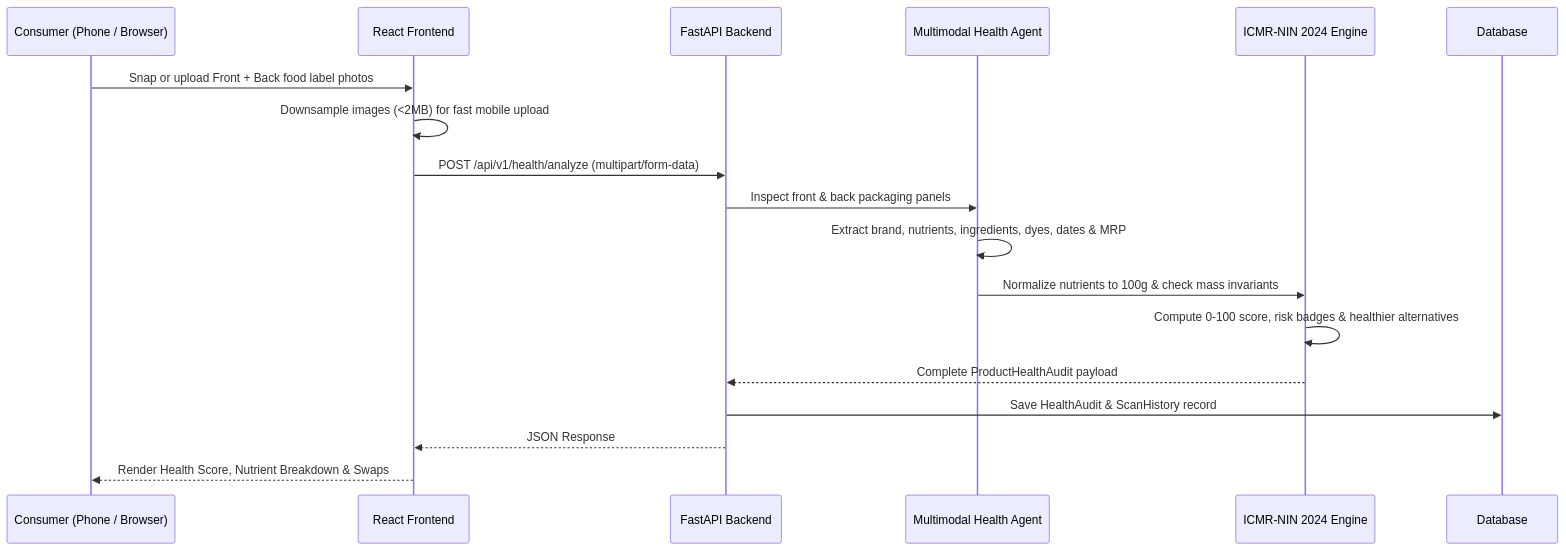
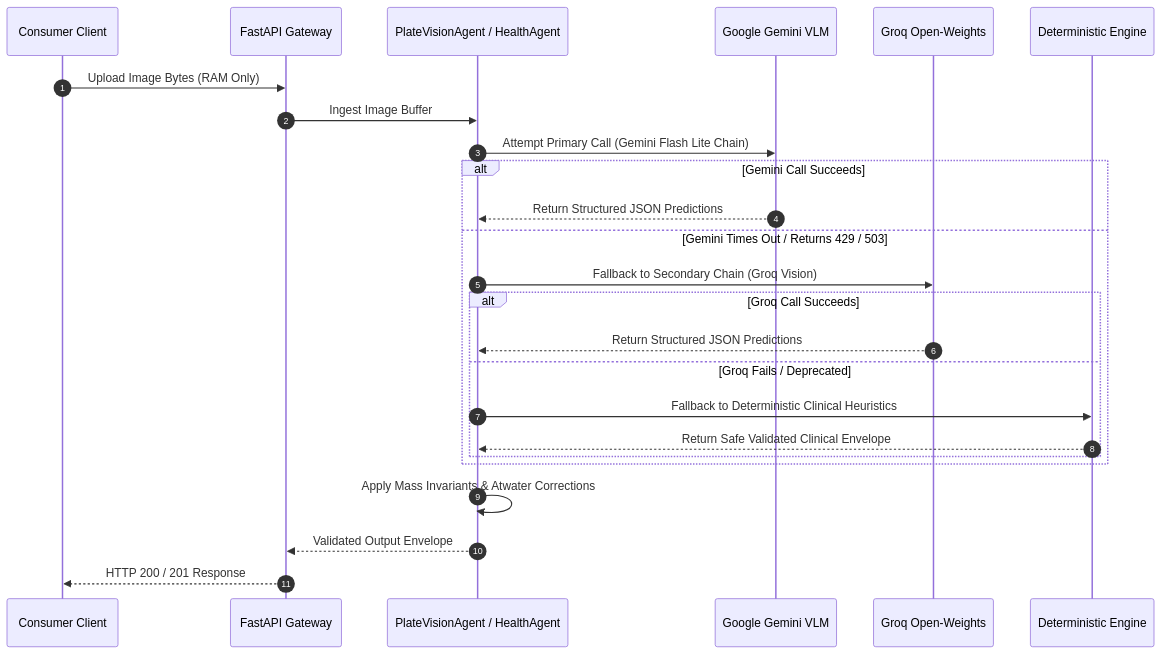
One commit to z-lovejeet/PackDrishti changed the second of 2 diagrams in README.md. Above: the diagram before and after it, drawn with Mermaid. The commit also changed other lines of this file, not shown here.

Commit message:
docs: rewrite readme with premium svgs clinical architecture and comprehensive system specs

````diff
--- a/README.md
+++ b/README.md
@@ -155,21 +482,28 @@
 ```mermaid
 sequenceDiagram
-    participant U as Consumer (Phone / Browser)
-    participant F as React Frontend
-    participant B as FastAPI Backend
-    participant A as Multimodal Health Agent
-    participant E as ICMR-NIN 2024 Engine
-    participant DB as Database
+    autonumber
+    participant Client as Consumer Client
+    participant API as FastAPI Gateway
+    participant Chain as PlateVisionAgent / HealthAgent
+    participant G as Google Gemini VLM
+    participant Q as Groq Open-Weights
+    participant M as Deterministic Engine
 
-    U->>F: Snap or upload Front + Back food label photos
-    F->>F: Downsample images (<2MB) for fast mobile upload
-    F->>B: POST /api/v1/health/analyze (multipart/form-data)
-    B->>A: Inspect front & back packaging panels
-    A->>A: Extract brand, nutrients, ingredients, dyes, dates & MRP
-    A->>E: Normalize nutrients to 100g & check mass invariants
-    E->>E: Compute 0-100 score, risk badges & healthier alternatives
-    E-->>B: Complete ProductHealthAudit payload
-    B->>DB: Save HealthAudit & ScanHistory record
-    B-->>F: JSON Response
-    F-->>U: Render Health Score, Nutrient Breakdown & Swaps
+    Client->>API: Upload Image Bytes (RAM Only)
+    API->>Chain: Ingest Image Buffer
+    Chain->>G: Attempt Primary Call (Gemini Flash Lite Chain)
+    alt Gemini Call Succeeds
+        G-->>Chain: Return Structured JSON Predictions
+    else Gemini Times Out / Returns 429 / 503
+        Chain->>Q: Fallback to Secondary Chain (Groq Vision)
+        alt Groq Call Succeeds
+            Q-->>Chain: Return Structured JSON Predictions
+        else Groq Fails / Deprecated
+            Chain->>M: Fallback to Deterministic Clinical Heuristics
+            M-->>Chain: Return Safe Validated Clinical Envelope
+        end
+    end
+    Chain->>Chain: Apply Mass Invariants & Atwater Corrections
+    Chain-->>API: Validated Output Envelope
+    API-->>Client: HTTP 200 / 201 Response
 ```
````
